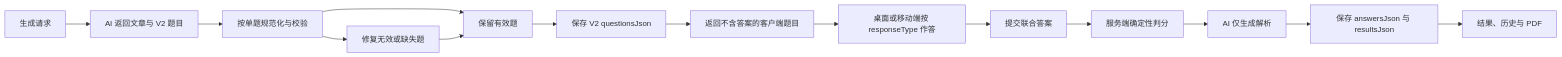
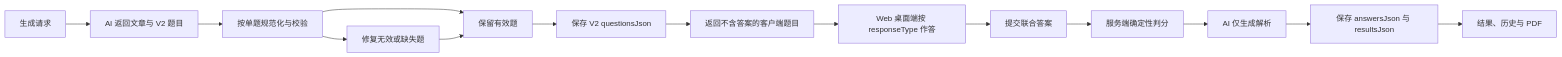
Before and after one commit to liulinman/react-font: the diagram in docs/superpowers/specs/2026-07-30-context-lab-mixed-ielts-question-types-design.md, drawn with Mermaid. The commit also changed other lines of this file and 5 other files, not shown here.

````diff
--- a/docs/superpowers/specs/2026-07-30-context-lab-mixed-ielts-question-types-design.md
+++ b/docs/superpowers/specs/2026-07-30-context-lab-mixed-ielts-question-types-design.md
@@ -436,16 +434,16 @@
 ```mermaid
 flowchart LR
   A["生成请求"] --> B["AI 返回文章与 V2 题目"]
   B --> C["按单题规范化与校验"]
   C --> D["保留有效题"]
   C --> E["修复无效或缺失题"]
   E --> D
   D --> F["保存 V2 questionsJson"]
   F --> G["返回不含答案的客户端题目"]
-  G --> H["桌面或移动端按 responseType 作答"]
+  G --> H["Web 桌面端按 responseType 作答"]
   H --> I["提交联合答案"]
   I --> J["服务端确定性判分"]
   J --> K["AI 仅生成解析"]
   K --> L["保存 answersJson 与 resultsJson"]
   L --> M["结果、历史与 PDF"]
 ```
````
